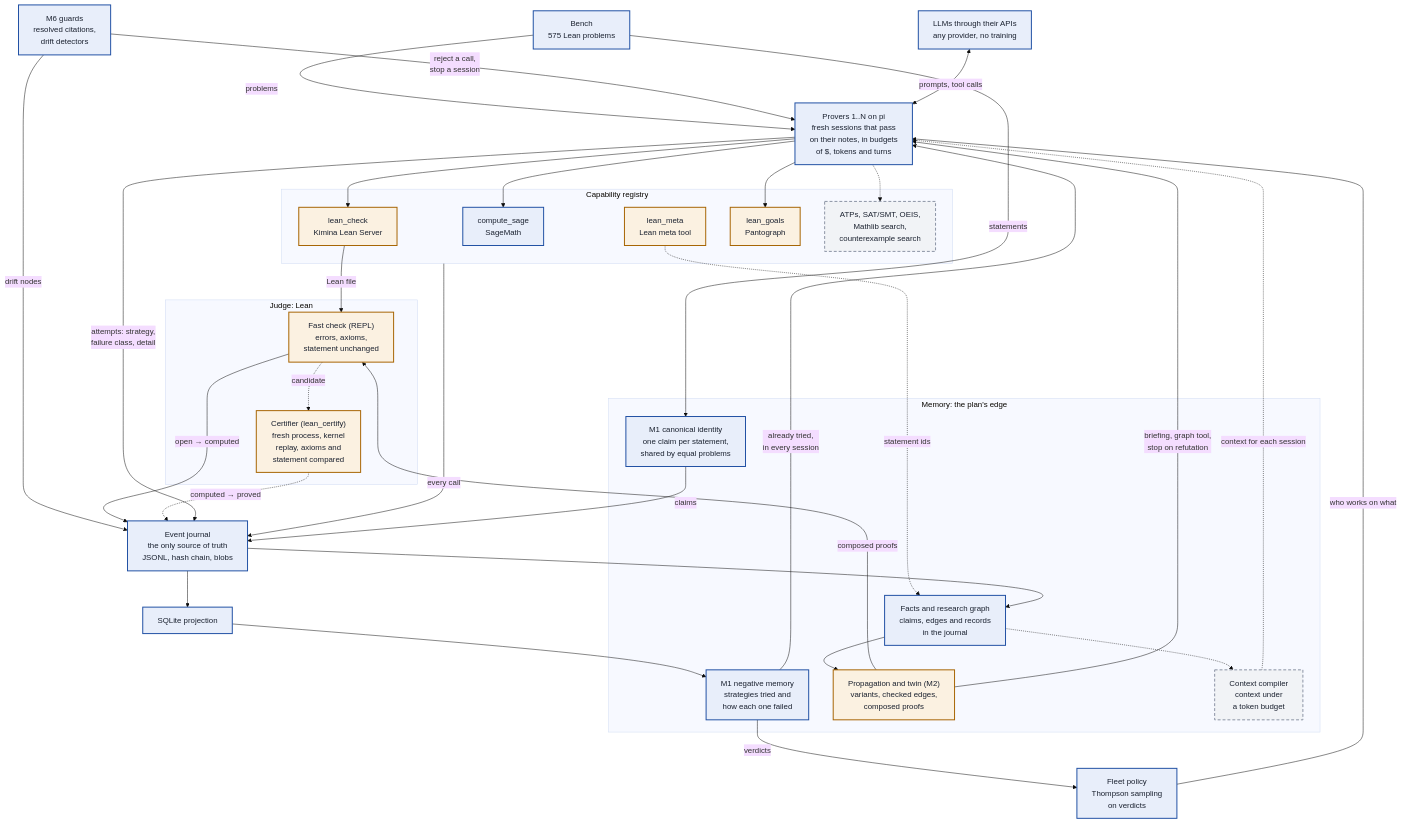
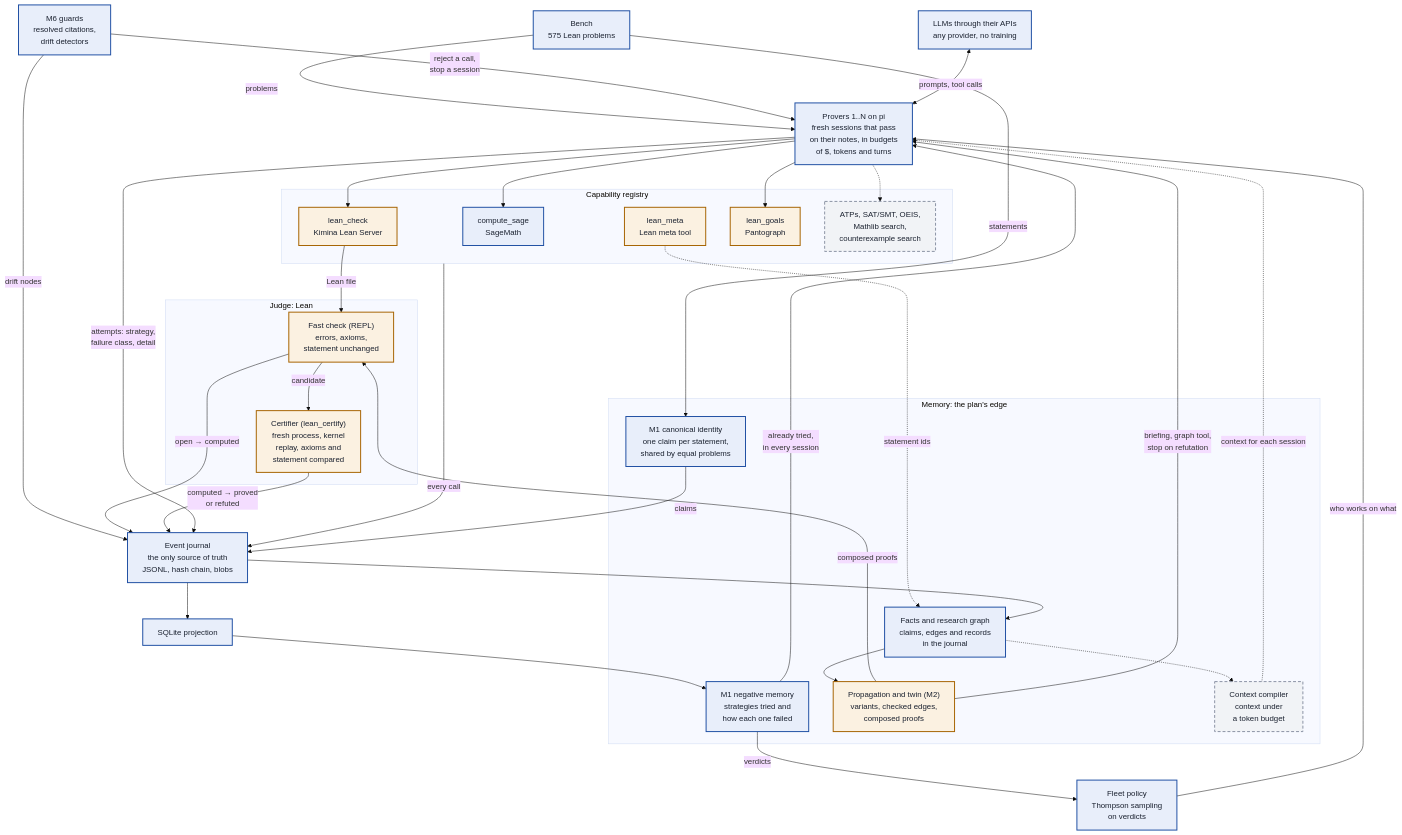
Before and after one commit to Kdevos12/seshat: the diagram in README.md, drawn with Mermaid (base theme). The commit also changed other lines of this file and 26 other files, not shown here.

````diff
--- a/README.md
+++ b/README.md
@@ -20,64 +20,64 @@
 ```mermaid
 flowchart TB
   classDef built fill:#e8eefa,stroke:#1f4fa3,stroke-width:2px,color:#1b2230
   classDef wait fill:#fbf1e1,stroke:#a66300,stroke-width:2px,color:#1b2230
   classDef planned fill:#f1f3f6,stroke:#8a92a3,stroke-width:2px,stroke-dasharray:6 4,color:#1b2230
 
   bench["Bench<br/>575 Lean problems"]:::built
   fleet["Fleet policy<br/>Thompson sampling<br/>on verdicts"]:::built
   guards["M6 guards<br/>resolved citations,<br/>drift detectors"]:::built
   llm["LLMs through their APIs<br/>any provider, no training"]:::built
   provers["Provers 1..N on pi<br/>fresh sessions that pass<br/>on their notes, in budgets<br/>of $, tokens and turns"]:::built
 
   subgraph TOOLS["Capability registry"]
     leancheck["lean_check<br/>Kimina Lean Server"]:::wait
     sage["compute_sage<br/>SageMath"]:::built
     leanmeta["lean_meta<br/>Lean meta tool"]:::wait
     leangoals["lean_goals<br/>Pantograph"]:::wait
     moretools["ATPs, SAT/SMT, OEIS,<br/>Mathlib search,<br/>counterexample search"]:::planned
   end
 
   subgraph JUDGE["Judge: Lean"]
     fast["Fast check (REPL)<br/>errors, axioms,<br/>statement unchanged"]:::wait
     certifier["Certifier (lean_certify)<br/>fresh process, kernel<br/>replay, axioms and<br/>statement compared"]:::wait
   end
 
   journal["Event journal<br/>the only source of truth<br/>JSONL, hash chain, blobs"]:::built
   projection["SQLite projection"]:::built
 
   subgraph MEMORY["Memory: the plan's edge"]
     identity["M1 canonical identity<br/>one claim per statement,<br/>shared by equal problems"]:::built
     tried["M1 negative memory<br/>strategies tried and<br/>how each one failed"]:::built
     kg["Facts and research graph<br/>claims, edges and records<br/>in the journal"]:::built
     prop["Propagation and twin (M2)<br/>variants, checked edges,<br/>composed proofs"]:::wait
     compiler["Context compiler<br/>context under<br/>a token budget"]:::planned
   end
 
   bench -->|problems| provers
   bench -->|statements| identity
   identity -->|claims| journal
   fleet -->|"who works on what"| provers
   guards -->|"reject a call,<br/>stop a session"| provers
   guards -->|"drift nodes"| journal
   llm <-->|"prompts, tool calls"| provers
   provers --> leancheck & sage
   provers -.-> moretools
   leanmeta -.->|"statement ids"| kg
   provers --> leangoals
   leancheck -->|Lean file| fast
   fast -->|"open → computed"| journal
-  fast -.->|candidate| certifier
-  certifier -.->|"computed → proved"| journal
+  fast -->|candidate| certifier
+  certifier -->|"computed → proved<br/>or refuted"| journal
   TOOLS -->|"every call"| journal
   provers -->|"attempts: strategy,<br/>failure class, detail"| journal
   journal --> projection
   projection --> tried
   tried -->|"already tried,<br/>in every session"| provers
   tried -->|"verdicts"| fleet
   journal --> kg
   kg --> prop
   prop -->|"composed proofs"| fast
   prop -->|"briefing, graph tool,<br/>stop on refutation"| provers
   kg -.-> compiler
   compiler -.->|"context for each session"| provers
 ```
````
